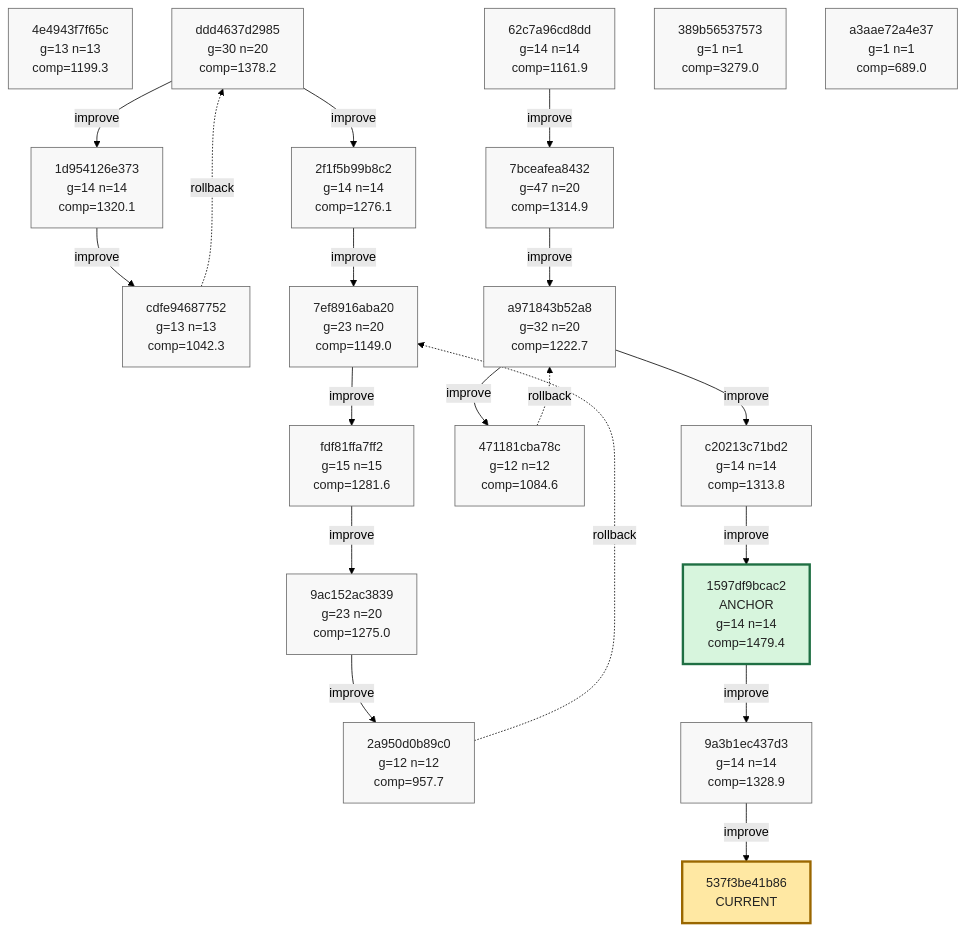
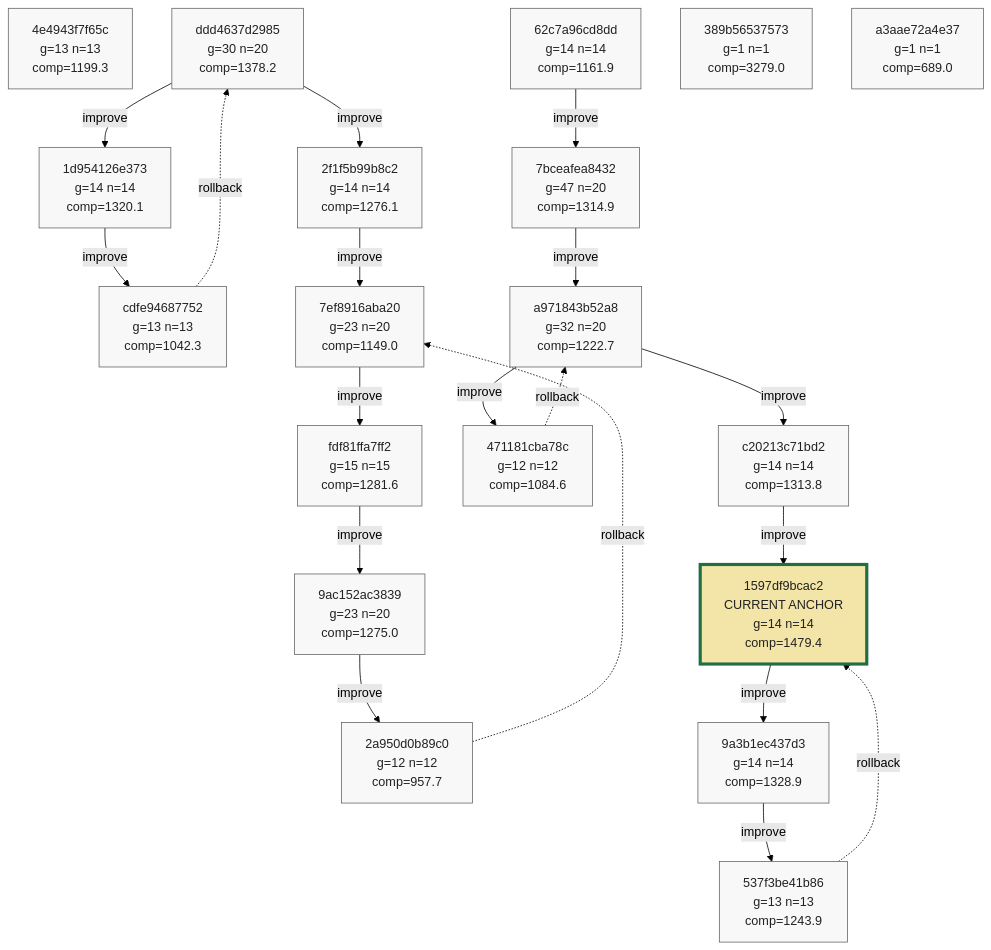
Before and after one commit to azumag/soviet_now: the ninth of 9 diagrams in phyrogenetic-tree.md, drawn with Mermaid (forest theme). The commit also changed other lines of this file and 2 other files, not shown here.

````diff
--- a/phyrogenetic-tree.md
+++ b/phyrogenetic-tree.md
@@ -2229,65 +2230,66 @@
 ```mermaid
 flowchart TD
     h_4e4943f7f65c["4e4943f7f65c<br/>g=13 n=13<br/>comp=1199.3"]
     h_ddd4637d2985["ddd4637d2985<br/>g=30 n=20<br/>comp=1378.2"]
     h_1d954126e373["1d954126e373<br/>g=14 n=14<br/>comp=1320.1"]
     h_cdfe94687752["cdfe94687752<br/>g=13 n=13<br/>comp=1042.3"]
     h_2f1f5b99b8c2["2f1f5b99b8c2<br/>g=14 n=14<br/>comp=1276.1"]
     h_7ef8916aba20["7ef8916aba20<br/>g=23 n=20<br/>comp=1149.0"]
     h_fdf81ffa7ff2["fdf81ffa7ff2<br/>g=15 n=15<br/>comp=1281.6"]
     h_9ac152ac3839["9ac152ac3839<br/>g=23 n=20<br/>comp=1275.0"]
     h_2a950d0b89c0["2a950d0b89c0<br/>g=12 n=12<br/>comp=957.7"]
     h_62c7a96cd8dd["62c7a96cd8dd<br/>g=14 n=14<br/>comp=1161.9"]
     h_7bceafea8432["7bceafea8432<br/>g=47 n=20<br/>comp=1314.9"]
     h_a971843b52a8["a971843b52a8<br/>g=32 n=20<br/>comp=1222.7"]
     h_471181cba78c["471181cba78c<br/>g=12 n=12<br/>comp=1084.6"]
     h_c20213c71bd2["c20213c71bd2<br/>g=14 n=14<br/>comp=1313.8"]
-    h_1597df9bcac2["1597df9bcac2<br/>ANCHOR<br/>g=14 n=14<br/>comp=1479.4"]
+    h_1597df9bcac2["1597df9bcac2<br/>CURRENT ANCHOR<br/>g=14 n=14<br/>comp=1479.4"]
     h_9a3b1ec437d3["9a3b1ec437d3<br/>g=14 n=14<br/>comp=1328.9"]
+    h_537f3be41b86["537f3be41b86<br/>g=13 n=13<br/>comp=1243.9"]
     h_389b56537573["389b56537573<br/>g=1 n=1<br/>comp=3279.0"]
     h_a3aae72a4e37["a3aae72a4e37<br/>g=1 n=1<br/>comp=689.0"]
-    h_537f3be41b86["537f3be41b86<br/>CURRENT"]
 
     h_ddd4637d2985 -->|improve| h_1d954126e373
     h_1d954126e373 -->|improve| h_cdfe94687752
     h_cdfe94687752 -. rollback .-> h_ddd4637d2985
     h_ddd4637d2985 -->|improve| h_2f1f5b99b8c2
     h_2f1f5b99b8c2 -->|improve| h_7ef8916aba20
     h_7ef8916aba20 -->|improve| h_fdf81ffa7ff2
     h_fdf81ffa7ff2 -->|improve| h_9ac152ac3839
     h_9ac152ac3839 -->|improve| h_2a950d0b89c0
     h_2a950d0b89c0 -. rollback .-> h_7ef8916aba20
     h_62c7a96cd8dd -->|improve| h_7bceafea8432
     h_7bceafea8432 -->|improve| h_a971843b52a8
     h_a971843b52a8 -->|improve| h_471181cba78c
     h_471181cba78c -. rollback .-> h_a971843b52a8
     h_a971843b52a8 -->|improve| h_c20213c71bd2
     h_c20213c71bd2 -->|improve| h_1597df9bcac2
     h_1597df9bcac2 -->|improve| h_9a3b1ec437d3
     h_9a3b1ec437d3 -->|improve| h_537f3be41b86
+    h_537f3be41b86 -. rollback .-> h_1597df9bcac2
 
     classDef plain fill:#f8f8f8,stroke:#666,stroke-width:1px,color:#222;
     classDef current fill:#ffe8a3,stroke:#9a6700,stroke-width:3px,color:#222;
     classDef anchor fill:#d7f5dd,stroke:#1f6f43,stroke-width:3px,color:#222;
     classDef current_anchor fill:#f3e4a8,stroke:#1f6f43,stroke-width:4px,color:#222;
 
     class h_4e4943f7f65c plain;
     class h_ddd4637d2985 plain;
     class h_1d954126e373 plain;
     class h_cdfe94687752 plain;
     class h_2f1f5b99b8c2 plain;
     class h_7ef8916aba20 plain;
     class h_fdf81ffa7ff2 plain;
     class h_9ac152ac3839 plain;
     class h_2a950d0b89c0 plain;
     class h_62c7a96cd8dd plain;
     class h_7bceafea8432 plain;
     class h_a971843b52a8 plain;
     class h_471181cba78c plain;
     class h_c20213c71bd2 plain;
-    class h_1597df9bcac2 anchor;
+    class h_1597df9bcac2 current_anchor;
     class h_9a3b1ec437d3 plain;
+    class h_537f3be41b86 plain;
     class h_389b56537573 plain;
     class h_a3aae72a4e37 plain;
-    class h_537f3be41b86 current;
 ```
````
